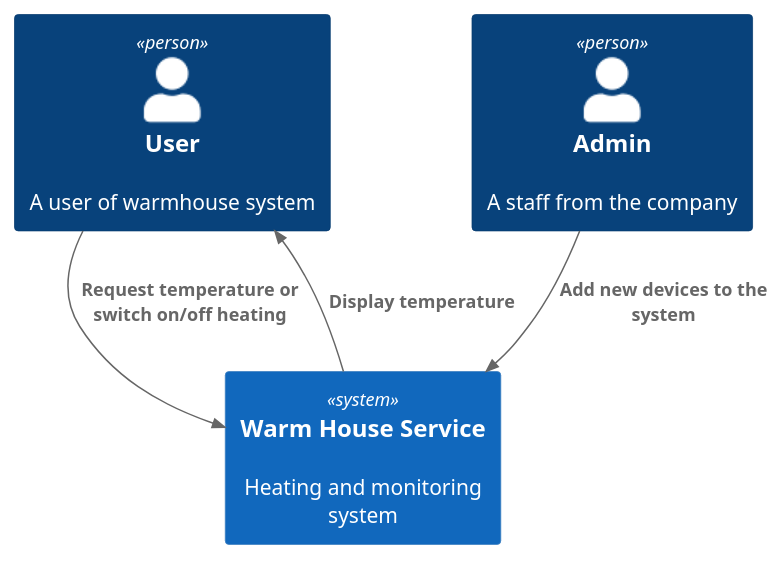
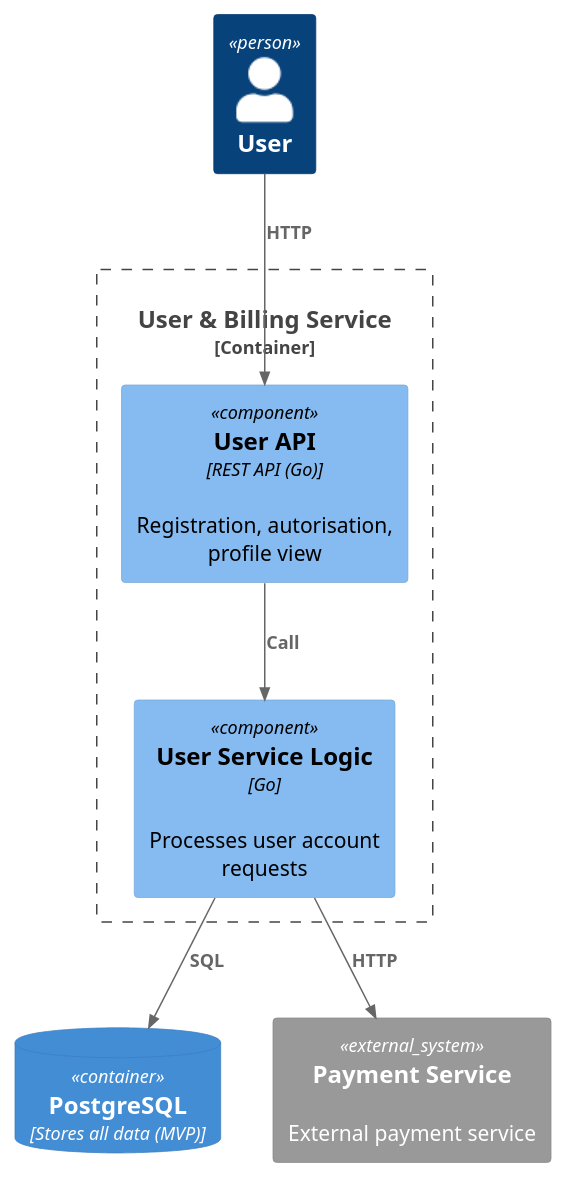
One commit to Moulten/architecture-warmhouse changed the diagram in apps/temperature-api/diagrams/UserComponents_C4.puml. Above: the diagram before and after it, drawn with PlantUML. The commit also changed 12 other files, not shown here.

Commit message:
Update ToBe C4 Diagramm

```diff
--- a/apps/temperature-api/diagrams/UserComponents_C4.puml
+++ b/apps/temperature-api/diagrams/UserComponents_C4.puml
@@ -1,15 +1,20 @@
-@startuml
-top to bottom direction
+@startuml user_billing
+!include https://raw.githubusercontent.com/plantuml-stdlib/C4-PlantUML/master/C4_Container.puml
+!include https://raw.githubusercontent.com/plantuml-stdlib/C4-PlantUML/master/C4_Component.puml
 
-!include https://raw.githubusercontent.com/plantuml-stdlib/C4-PlantUML/master/C4_Context.puml
+Person(user, "User")
 
-Person(user, "User", "A user of warmhouse system")
-Person(admin, "Admin", "A staff from the company")
+ContainerDb(db, "PostgreSQL", "Stores all data (MVP)")
+System_Ext(payment, "Payment Service", "External payment service")
 
-System(service, "Warm House Service", "Heating and monitoring system")
+Container_Boundary(system, "User & Billing Service") {
+    Component(userAPI, "User API", "REST API (Go)", "Registration, autorisation, profile view")
+    Component(userService, "User Service Logic", "Go", "Processes user account requests")
+}
 
-Rel(admin, service, "Add new devices to the system")
-Rel(user, service, "Request temperature or switch on/off heating")
-Rel(service, user, "Display temperature")
+Rel(user, userAPI, "HTTP")
+Rel(userAPI, userService, "Call")
+Rel(userService, db, "SQL")
+Rel(userService, payment, "HTTP")
 
-@enduml 
+@enduml
```
